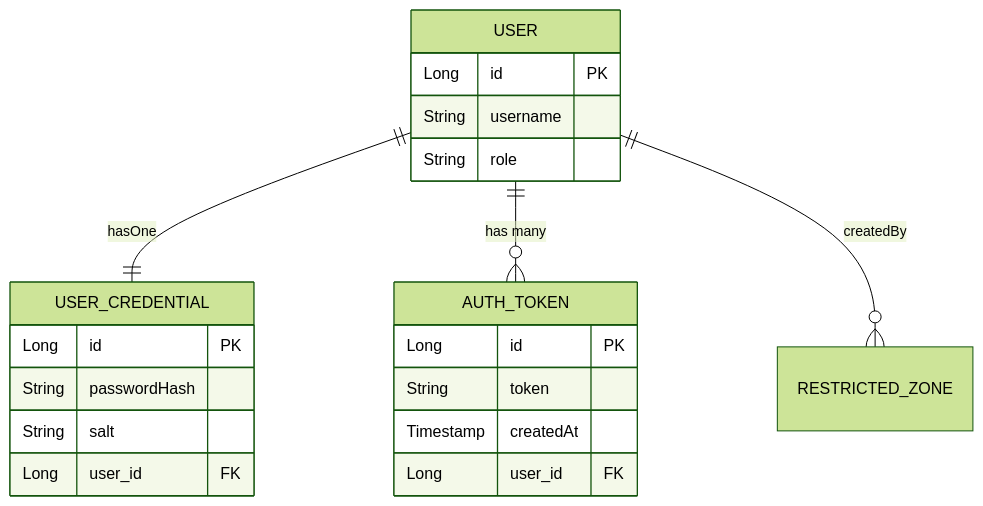
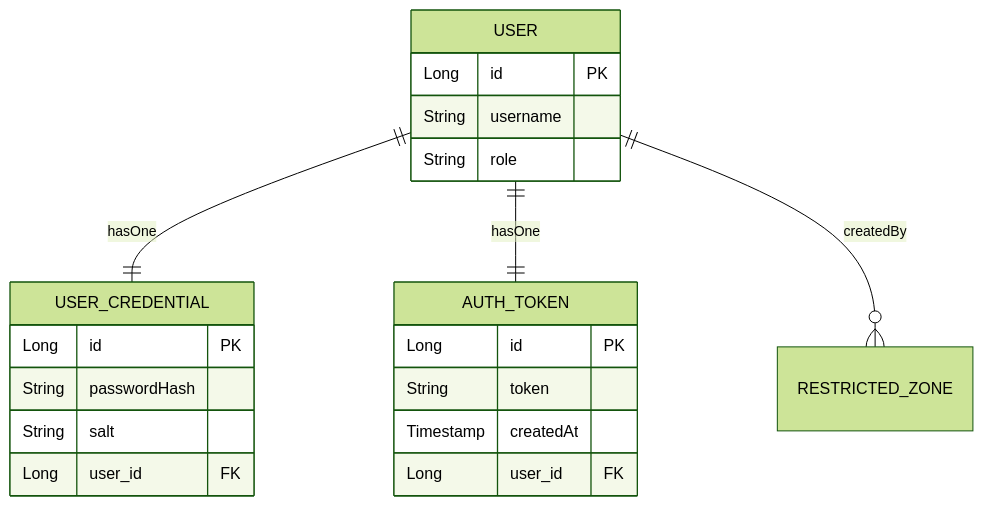
Before and after one commit to g8rdier/urban-flow-governance: the first of 9 diagrams in docs/domain/USER_MANAGEMENT.md, drawn with Mermaid (forest theme). The commit also changed 1 other file, not shown here.

Commit message:
docs: Fixed diagrams

````diff
--- a/docs/domain/USER_MANAGEMENT.md
+++ b/docs/domain/USER_MANAGEMENT.md
@@ -11,26 +11,26 @@
 ```mermaid
 erDiagram
     USER {
         Long id PK
         String username
         String role
     }
 
     USER_CREDENTIAL {
         Long id PK
         String passwordHash
         String salt
         Long user_id FK
     }
 
     AUTH_TOKEN {
         Long id PK
         String token
         Timestamp createdAt
         Long user_id FK
     }
 
     USER ||--|| USER_CREDENTIAL : "hasOne"
-    USER ||--o{ AUTH_TOKEN : "has many"
+    USER ||--|| AUTH_TOKEN : "hasOne"
     USER ||--o{ RESTRICTED_ZONE : "createdBy"
 ```
````
